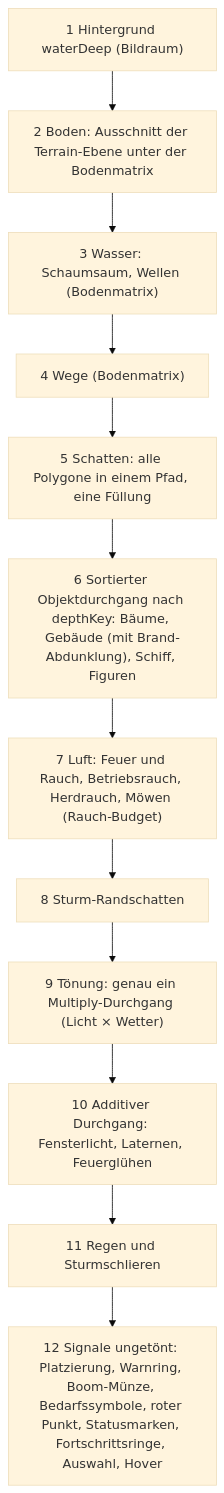
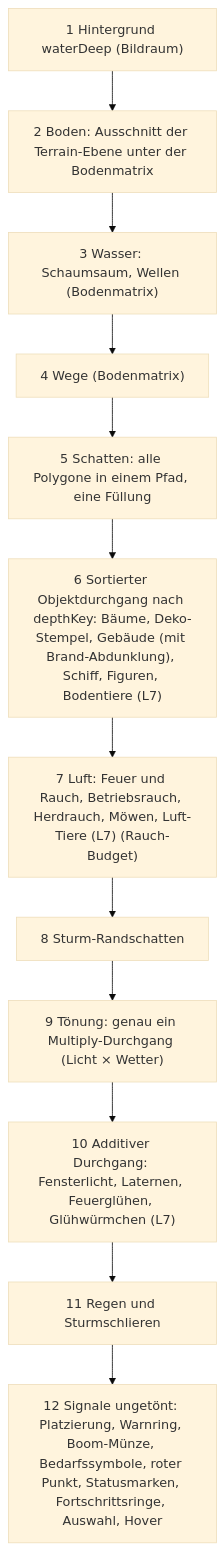
Before and after one commit to konstantinniedermann/Inselreich: the fifth of 12 diagrams in docs/arc42.md, drawn with Mermaid (base theme). The commit also changed other lines of this file, not shown here.

First line of the commit message:
docs: arc42 Module und Zoom-Sichtbarkeiten für L5/L6/L7 nachgeführt (FIX-REL07 c)

````diff
--- a/docs/arc42.md
+++ b/docs/arc42.md
@@ -358,13 +361,13 @@
 ```mermaid
 flowchart TB
   L1["1 Hintergrund waterDeep (Bildraum)"] --> L2["2 Boden: Ausschnitt der Terrain-Ebene unter der Bodenmatrix"]
   L2 --> L3["3 Wasser: Schaumsaum, Wellen (Bodenmatrix)"] --> L4["4 Wege (Bodenmatrix)"]
   L4 --> L5["5 Schatten: alle Polygone in einem Pfad, eine Füllung"]
-  L5 --> L6["6 Sortierter Objektdurchgang nach depthKey: Bäume, Gebäude (mit Brand-Abdunklung), Schiff, Figuren"]
-  L6 --> L7["7 Luft: Feuer und Rauch, Betriebsrauch, Herdrauch, Möwen (Rauch-Budget)"]
+  L5 --> L6["6 Sortierter Objektdurchgang nach depthKey: Bäume, Deko-Stempel, Gebäude (mit Brand-Abdunklung), Schiff, Figuren, Bodentiere (L7)"]
+  L6 --> L7["7 Luft: Feuer und Rauch, Betriebsrauch, Herdrauch, Möwen, Luft-Tiere (L7) (Rauch-Budget)"]
   L7 --> L8["8 Sturm-Randschatten"]
   L8 --> L9["9 Tönung: genau ein Multiply-Durchgang (Licht × Wetter)"]
-  L9 --> L10["10 Additiver Durchgang: Fensterlicht, Laternen, Feuerglühen"]
+  L9 --> L10["10 Additiver Durchgang: Fensterlicht, Laternen, Feuerglühen, Glühwürmchen (L7)"]
   L10 --> L11["11 Regen und Sturmschlieren"]
   L11 --> L12["12 Signale ungetönt: Platzierung, Warnring, Boom-Münze, Bedarfssymbole, roter Punkt, Statusmarken, Fortschrittsringe, Auswahl, Hover"]
 ```
````
